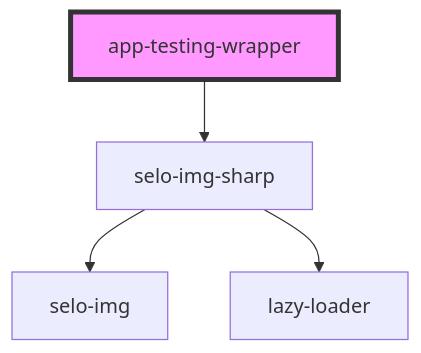
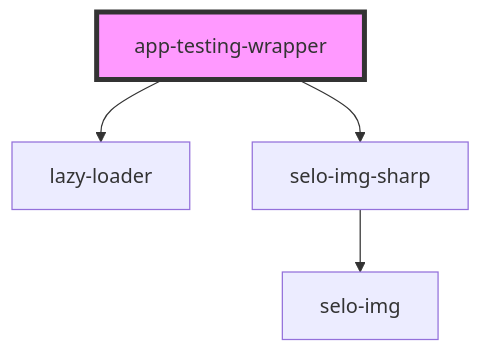
The diagram in src/components/app-testing-wrapper/readme.md (selodev/selo-image-sharp), drawn with Mermaid before and after one commit. The commit also changed other lines of this file and 14 other files, not shown here.

````diff
--- a/src/components/app-testing-wrapper/readme.md
+++ b/src/components/app-testing-wrapper/readme.md
@@ -15,7 +16,7 @@
 ```mermaid
 graph TD;
+  app-testing-wrapper --> lazy-loader
   app-testing-wrapper --> selo-img-sharp
   selo-img-sharp --> selo-img
-  selo-img-sharp --> lazy-loader
   style app-testing-wrapper fill:#f9f,stroke:#333,stroke-width:4px
 ```
````
